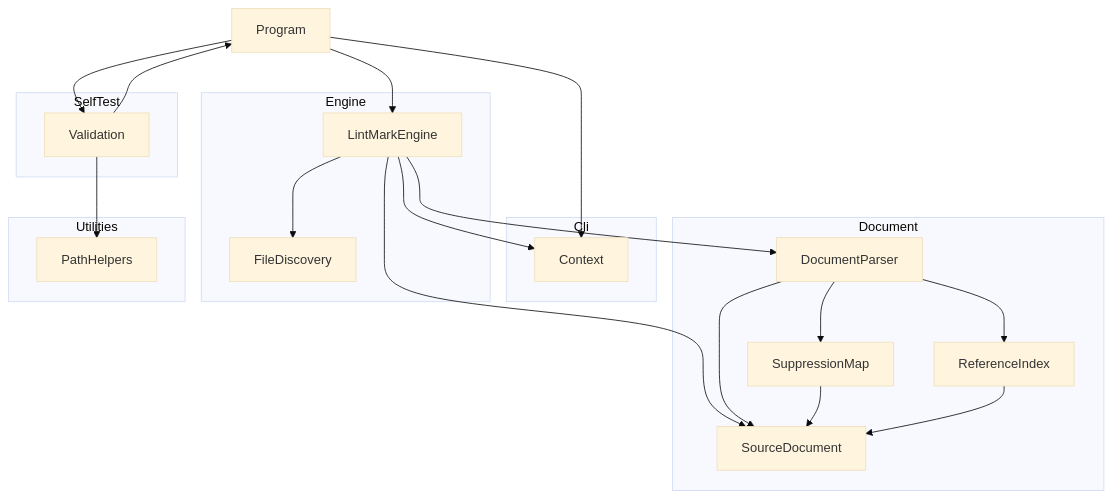
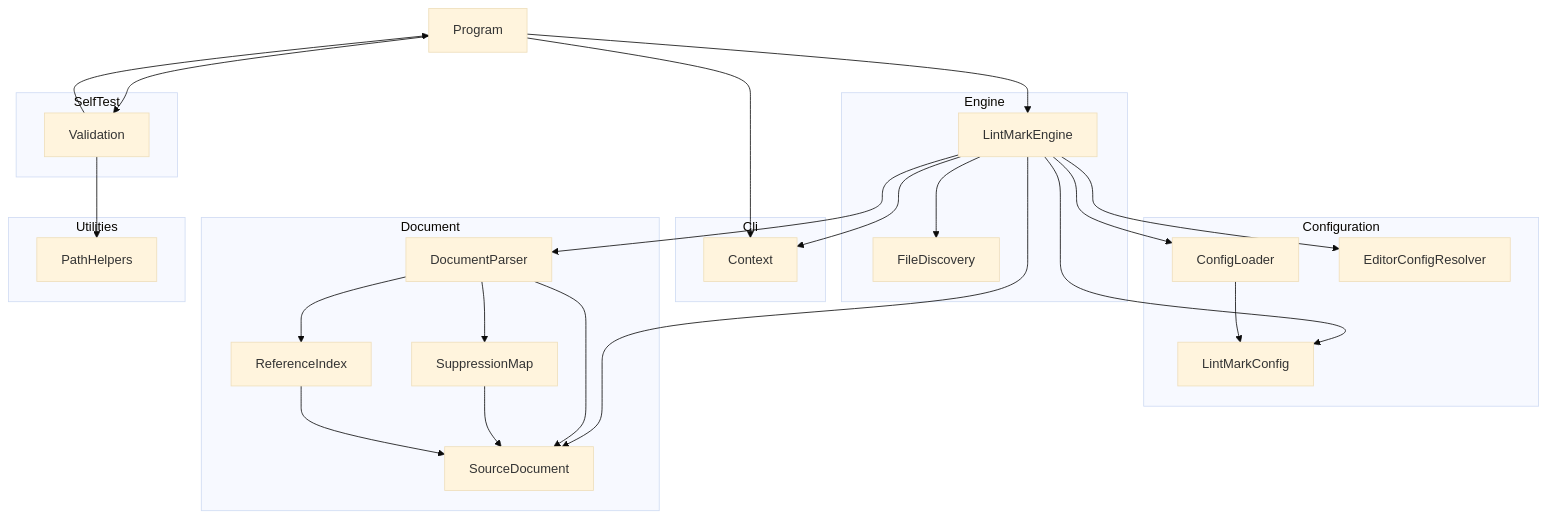
One commit to demaconsulting/LintMark changed the diagram in docs/design/lintmark.md. Above: the diagram before and after it, drawn with Mermaid (base theme). The commit also changed other lines of this file and 99 other files, not shown here.

First line of the commit message:
Phase 2: Configuration (.lintmark.yaml, .editorconfig, --config/--no-config) (#7)

````diff
--- a/docs/design/lintmark.md
+++ b/docs/design/lintmark.md
@@ -11,37 +11,46 @@
 ```mermaid
 flowchart TD
     Program
     subgraph Cli
         Context
+    end
+    subgraph Configuration
+        LintMarkConfig
+        ConfigLoader
+        EditorConfigResolver
     end
     subgraph Engine
         LintMarkEngine
         FileDiscovery
     end
     subgraph Document
         SourceDocument
         DocumentParser
         SuppressionMap
         ReferenceIndex
     end
     subgraph SelfTest
         Validation
     end
     subgraph Utilities
         PathHelpers
     end
     Program --> Context
     Program --> Validation
     Program --> LintMarkEngine
     Validation --> Program
     Validation --> PathHelpers
     LintMarkEngine --> Context
     LintMarkEngine --> FileDiscovery
     LintMarkEngine --> SourceDocument
     LintMarkEngine --> DocumentParser
+    LintMarkEngine --> ConfigLoader
+    LintMarkEngine --> EditorConfigResolver
+    LintMarkEngine --> LintMarkConfig
+    ConfigLoader --> LintMarkConfig
     DocumentParser --> SourceDocument
     DocumentParser --> SuppressionMap
     DocumentParser --> ReferenceIndex
     SuppressionMap --> SourceDocument
     ReferenceIndex --> SourceDocument
 ```
````
